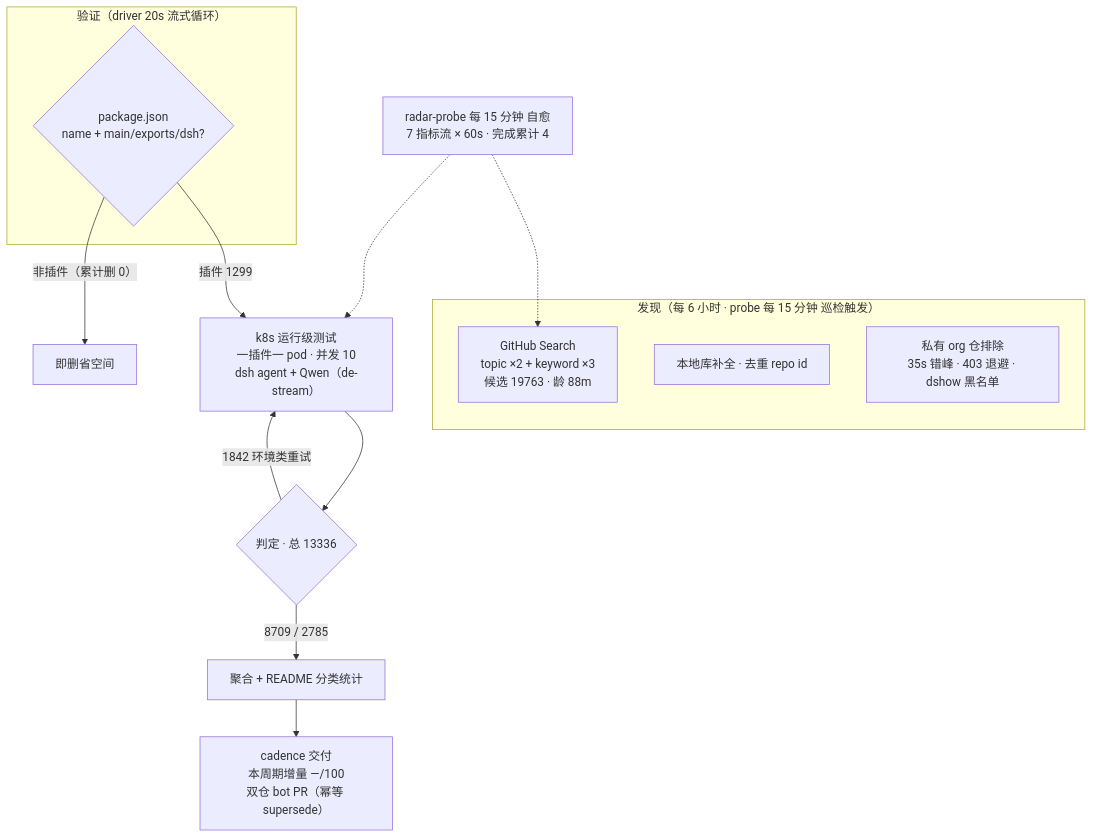
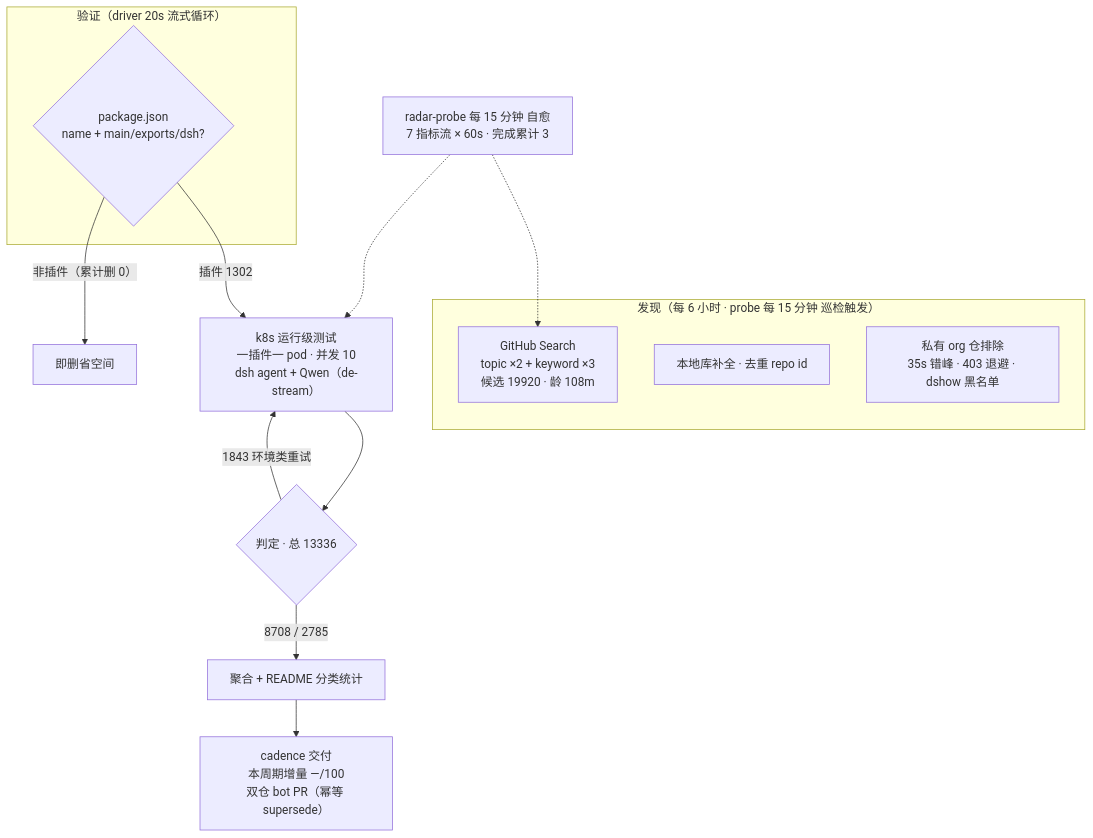
One commit to AdamPlatin123/dsh-plugin-radar changed the diagram in README.md. Above: the diagram before and after it, drawn with Mermaid. The commit also changed other lines of this file and 15 other files, not shown here.

````diff
--- a/README.md
+++ b/README.md
@@ -52,20 +52,20 @@
 ```mermaid
 flowchart TB
     subgraph Discovery["发现（每 6 小时 · probe 每 15 分钟 巡检触发）"]
-        A1["GitHub Search<br/>topic ×2 + keyword ×3<br/>候选 19763 · 龄 88m"]
+        A1["GitHub Search<br/>topic ×2 + keyword ×3<br/>候选 19920 · 龄 108m"]
         A2["本地库补全 · 去重 repo id"]
         A3["私有 org 仓排除<br/>35s 错峰 · 403 退避 · dshow 黑名单"]
     end
     subgraph Validation["验证（driver 20s 流式循环）"]
         B1{"package.json<br/>name + main/exports/dsh?"}
     end
-    B1 -->|"插件 1299"| C1["k8s 运行级测试<br/>一插件一 pod · 并发 10<br/>dsh agent + Qwen（de-stream）"]
+    B1 -->|"插件 1302"| C1["k8s 运行级测试<br/>一插件一 pod · 并发 10<br/>dsh agent + Qwen（de-stream）"]
     B1 -->|"非插件（累计删 0）"| B3["即删省空间"]
     C1 --> D1{"判定 · 总 13336"}
-    D1 -->|"8709 / 2785"| E1["聚合 + README 分类统计"]
-    D1 -->|"1842 环境类重试"| C1
+    D1 -->|"8708 / 2785"| E1["聚合 + README 分类统计"]
+    D1 -->|"1843 环境类重试"| C1
     E1 --> E2["cadence 交付<br/>本周期增量 —/100<br/>双仓 bot PR（幂等 supersede）"]
-    M["radar-probe 每 15 分钟 自愈<br/>7 指标流 × 60s · 完成累计 4"]
+    M["radar-probe 每 15 分钟 自愈<br/>7 指标流 × 60s · 完成累计 3"]
     M -.-> A1
     M -.-> C1
 ```
````
